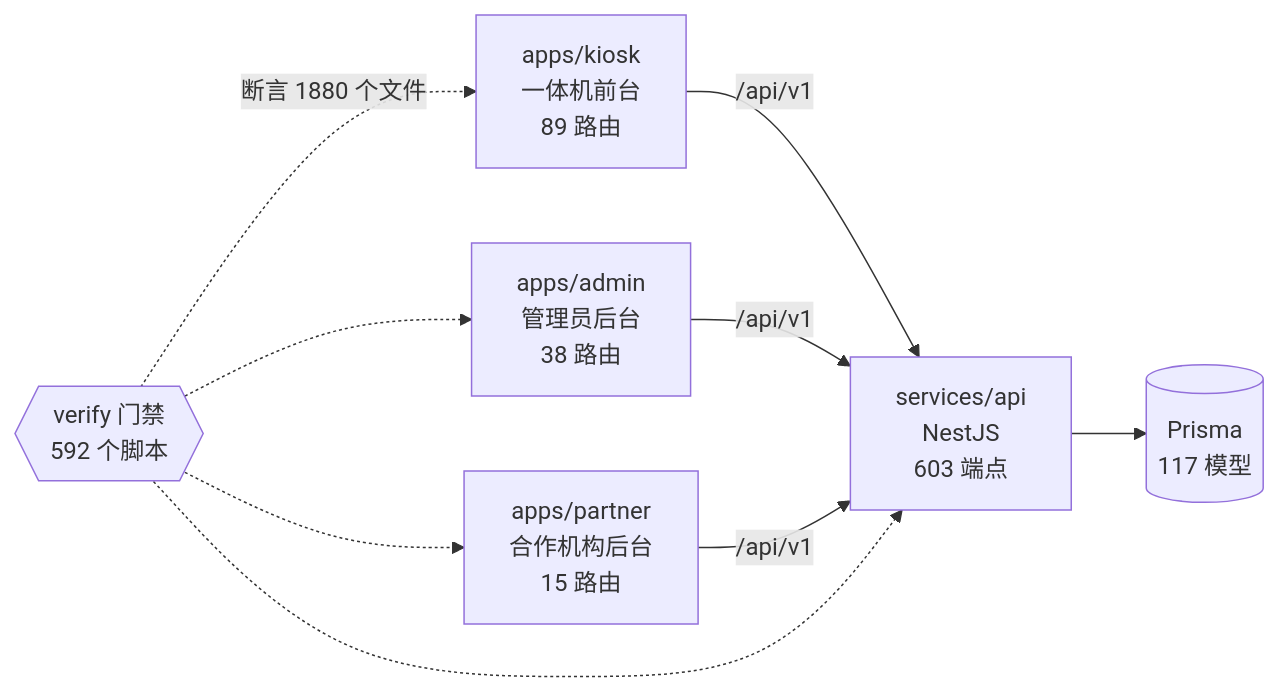
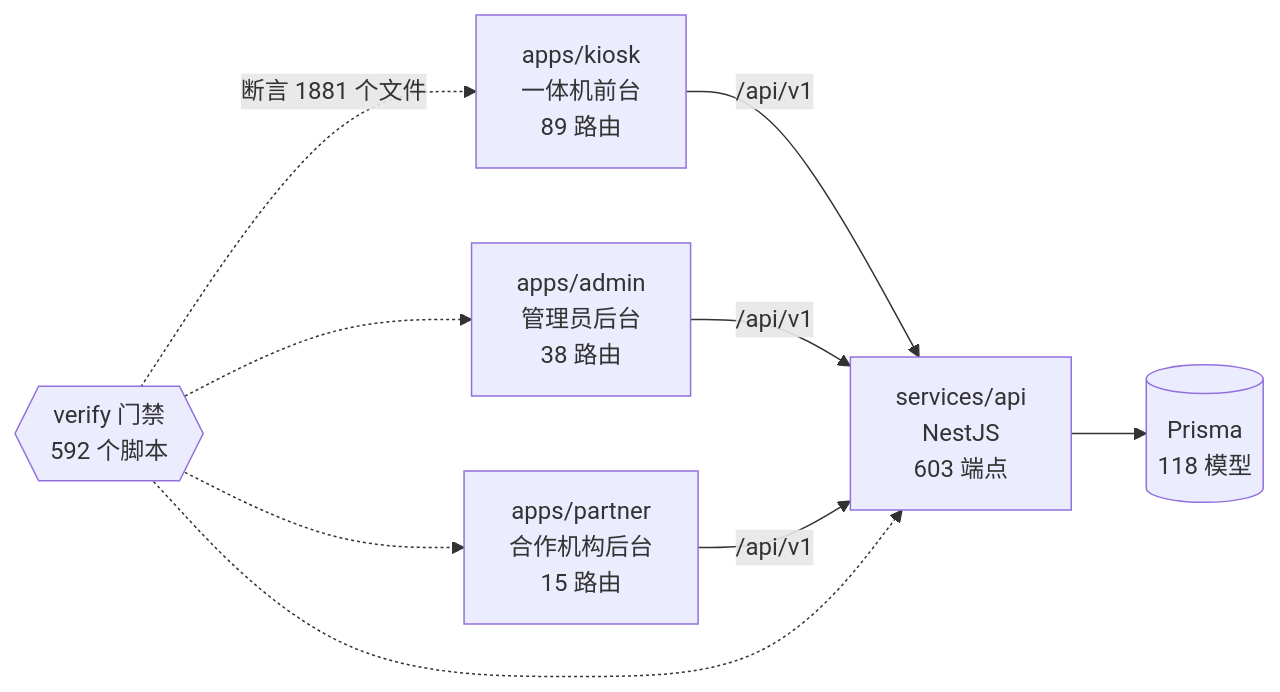
Before and after one commit to wanglei581/YITIJI: the diagram in docs/graph/README.md, drawn with Mermaid. The commit also changed other lines of this file and 27 other files, not shown here.

````diff
--- a/docs/graph/README.md
+++ b/docs/graph/README.md
@@ -68,18 +68,18 @@
 ```mermaid
 flowchart LR
   kiosk["apps/kiosk<br/>一体机前台<br/>89 路由"]
   admin["apps/admin<br/>管理员后台<br/>38 路由"]
   partner["apps/partner<br/>合作机构后台<br/>15 路由"]
   api["services/api<br/>NestJS<br/>603 端点"]
-  db[("Prisma<br/>117 模型")]
+  db[("Prisma<br/>118 模型")]
   gates{{"verify 门禁<br/>592 个脚本"}}
 
   kiosk -->|"/api/v1"| api
   admin -->|"/api/v1"| api
   partner -->|"/api/v1"| api
   api --> db
-  gates -.->|"断言 1880 个文件"| kiosk
+  gates -.->|"断言 1881 个文件"| kiosk
   gates -.-> admin
   gates -.-> partner
   gates -.-> api
 ```
````
